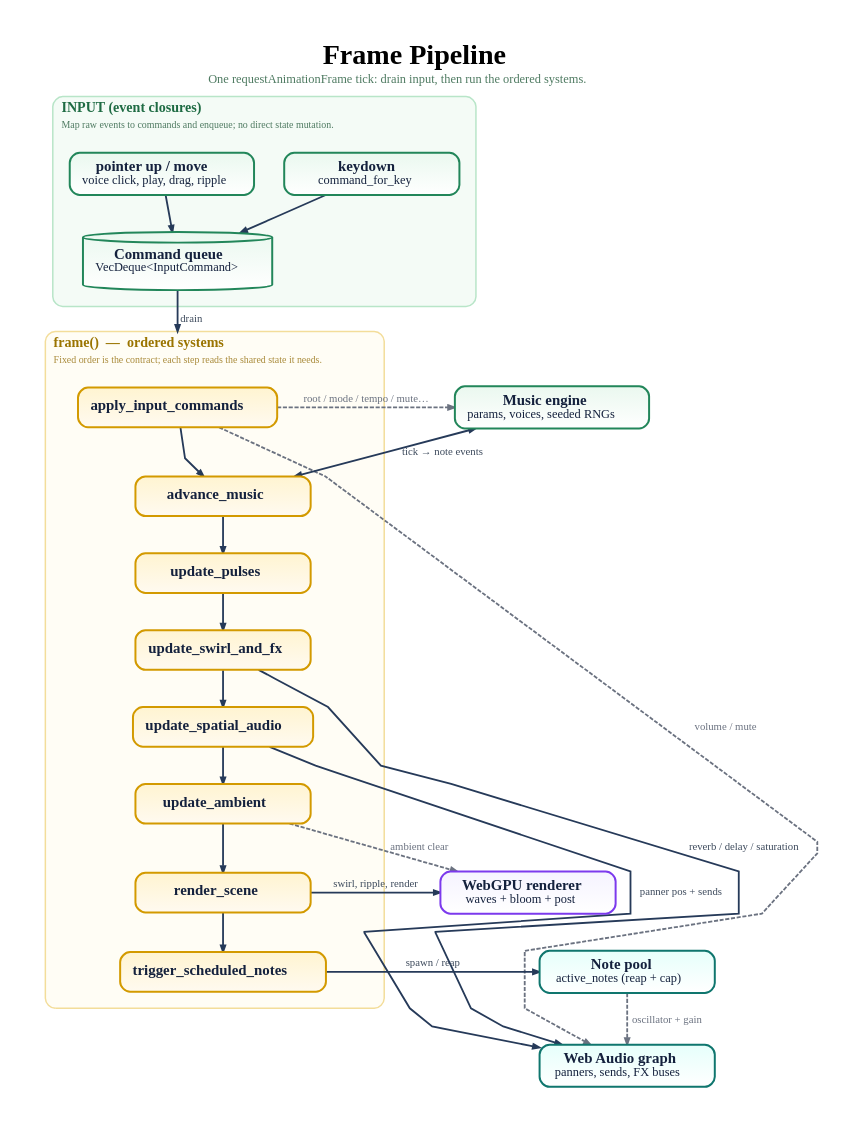
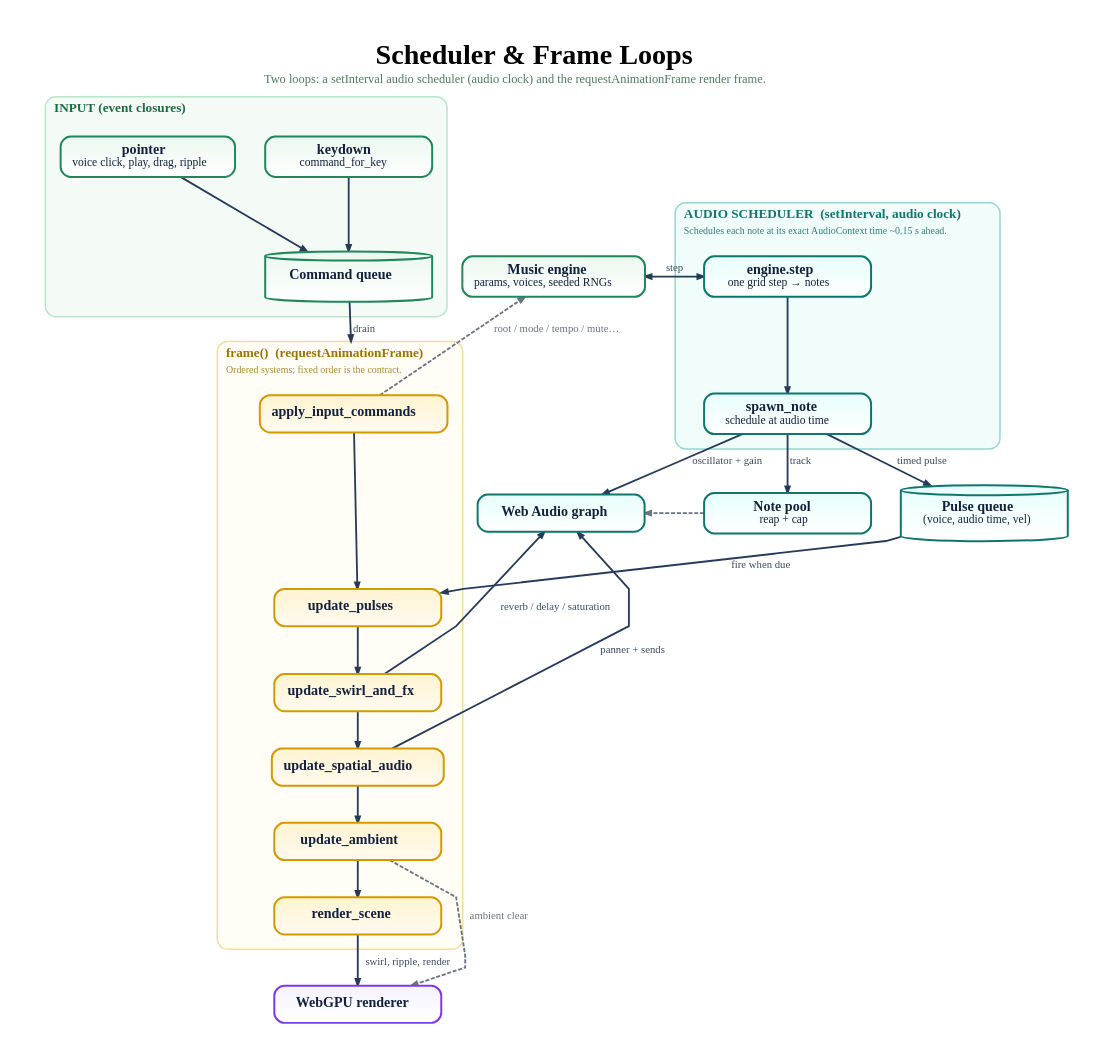
Before and after one commit to tre-systems/geno-1: the diagram in docs/diagrams/frame-pipeline.dot, drawn with Graphviz. The commit also changed 8 other files, not shown here.

First line of the commit message:
docs: sync architecture docs + diagrams to the audio scheduler

```diff
--- a/docs/diagrams/frame-pipeline.dot
+++ b/docs/diagrams/frame-pipeline.dot
@@ -1,116 +1,121 @@
 digraph FramePipeline {
   graph [
     rankdir=TB,
     bgcolor="#ffffff",
     pad="0.55",
     nodesep="0.5",
     ranksep="0.6",
     splines=polyline,
     outputorder=edgesfirst,
     compound=true,
     newrank=true,
     forcelabels=true,
     fontname="Avenir",
     label=<
       <TABLE BORDER="0" CELLBORDER="0" CELLSPACING="0" CELLPADDING="0">
-        <TR><TD><FONT POINT-SIZE="34"><B>Frame Pipeline</B></FONT></TD></TR>
-        <TR><TD><FONT POINT-SIZE="15" COLOR="#4e7a61">One requestAnimationFrame tick: drain input, then run the ordered systems.</FONT></TD></TR>
+        <TR><TD><FONT POINT-SIZE="34"><B>Scheduler &amp; Frame Loops</B></FONT></TD></TR>
+        <TR><TD><FONT POINT-SIZE="15" COLOR="#4e7a61">Two loops: a setInterval audio scheduler (audio clock) and the requestAnimationFrame render frame.</FONT></TD></TR>
       </TABLE>
     >,
     labelloc=t,
     labeljust=c
   ];
 
   node [
     shape=box,
     style="rounded,filled",
-    margin="0.21,0.13",
-    width=2.95,
-    height=0.66,
+    margin="0.2,0.12",
+    width=2.8,
+    height=0.62,
     fixedsize=false,
     fontname="Avenir",
-    fontsize=18,
+    fontsize=17,
     penwidth=2.4,
     fontcolor="#14213d",
     color="#2264c7",
     fillcolor="#eaf3ff:#ffffff",
     gradientangle=270
   ];
 
   edge [
     color="#263a59",
     fontname="Avenir",
     fontsize=13,
     fontcolor="#3d4a5c",
     penwidth=2.2,
     arrowsize=0.78
   ];
 
   // ---- Input (event closures enqueue; never mutate state) ----
   subgraph cluster_input {
     graph [
-      label=<
-        <TABLE BORDER="0" CELLBORDER="0" CELLSPACING="0" CELLPADDING="2">
-          <TR><TD ALIGN="LEFT"><FONT POINT-SIZE="17" COLOR="#1e6b43"><B>INPUT (event closures)</B></FONT></TD></TR>
-          <TR><TD ALIGN="LEFT"><FONT POINT-SIZE="12" COLOR="#4e7a61">Map raw events to commands and enqueue; no direct state mutation.</FONT></TD></TR>
-        </TABLE>
-      >,
-      labelloc=t, labeljust=l, color="#b8e5c8", fillcolor="#f4fbf6",
-      style="rounded,filled", penwidth=1.8, margin=20
+      label=<<TABLE BORDER="0" CELLBORDER="0" CELLSPACING="0" CELLPADDING="2"><TR><TD ALIGN="LEFT"><FONT POINT-SIZE="16" COLOR="#1e6b43"><B>INPUT (event closures)</B></FONT></TD></TR></TABLE>>,
+      labelloc=t, labeljust=l, color="#b8e5c8", fillcolor="#f4fbf6", style="rounded,filled", penwidth=1.8, margin=18
     ];
-
-    K [label=<<B>keydown</B><BR/><FONT POINT-SIZE="15">command_for_key</FONT>>, fillcolor="#eaf8ef:#ffffff", color="#22865a"];
-    P [label=<<B>pointer up / move</B><BR/><FONT POINT-SIZE="15">voice click, play, drag, ripple</FONT>>, fillcolor="#eaf8ef:#ffffff", color="#22865a"];
-    Q [label=<<B>Command queue</B><BR/><FONT POINT-SIZE="15">VecDeque&lt;InputCommand&gt;</FONT>>, shape=cylinder, fillcolor="#eaf8ef:#ffffff", color="#22865a", height=0.9];
-
+    K [label=<<B>keydown</B><BR/><FONT POINT-SIZE="14">command_for_key</FONT>>, fillcolor="#eaf8ef:#ffffff", color="#22865a"];
+    P [label=<<B>pointer</B><BR/><FONT POINT-SIZE="14">voice click, play, drag, ripple</FONT>>, fillcolor="#eaf8ef:#ffffff", color="#22865a"];
+    Q [label=<<B>Command queue</B>>, shape=cylinder, fillcolor="#eaf8ef:#ffffff", color="#22865a", height=0.85];
     K -> Q;
     P -> Q;
   }
 
-  // ---- frame(): ordered systems ----
+  // ---- Audio scheduler (audio clock, off-frame) ----
+  subgraph cluster_scheduler {
+    graph [
+      label=<
+        <TABLE BORDER="0" CELLBORDER="0" CELLSPACING="0" CELLPADDING="2">
+          <TR><TD ALIGN="LEFT"><FONT POINT-SIZE="16" COLOR="#0f766e"><B>AUDIO SCHEDULER  (setInterval, audio clock)</B></FONT></TD></TR>
+          <TR><TD ALIGN="LEFT"><FONT POINT-SIZE="12" COLOR="#357a74">Schedules each note at its exact AudioContext time ~0.15 s ahead.</FONT></TD></TR>
+        </TABLE>
+      >,
+      labelloc=t, labeljust=l, color="#99d5cf", fillcolor="#f0fdfa", style="rounded,filled", penwidth=1.8, margin=18
+    ];
+    SS [label=<<B>engine.step</B><BR/><FONT POINT-SIZE="14">one grid step → notes</FONT>>, fillcolor="#e6fffb:#ffffff", color="#0f766e"];
+    SN [label=<<B>spawn_note</B><BR/><FONT POINT-SIZE="14">schedule at audio time</FONT>>, fillcolor="#e6fffb:#ffffff", color="#0f766e"];
+    SS -> SN;
+  }
+
+  // ---- frame(): render clock ----
   subgraph cluster_frame {
     graph [
       label=<
         <TABLE BORDER="0" CELLBORDER="0" CELLSPACING="0" CELLPADDING="2">
-          <TR><TD ALIGN="LEFT"><FONT POINT-SIZE="17" COLOR="#9a7400"><B>frame()  —  ordered systems</B></FONT></TD></TR>
-          <TR><TD ALIGN="LEFT"><FONT POINT-SIZE="12" COLOR="#a98a3a">Fixed order is the contract; each step reads the shared state it needs.</FONT></TD></TR>
+          <TR><TD ALIGN="LEFT"><FONT POINT-SIZE="16" COLOR="#9a7400"><B>frame()  (requestAnimationFrame)</B></FONT></TD></TR>
+          <TR><TD ALIGN="LEFT"><FONT POINT-SIZE="12" COLOR="#a98a3a">Ordered systems; fixed order is the contract.</FONT></TD></TR>
         </TABLE>
       >,
-      labelloc=t, labeljust=l, color="#f3dd9a", fillcolor="#fffdf5",
-      style="rounded,filled", penwidth=1.8, margin=20
+      labelloc=t, labeljust=l, color="#f3dd9a", fillcolor="#fffdf5", style="rounded,filled", penwidth=1.8, margin=18
     ];
-
     F1 [label=<<B>apply_input_commands</B>>, fillcolor="#fff4d1:#fffaf0", color="#d39a00"];
-    F2 [label=<<B>advance_music</B>>, fillcolor="#fff4d1:#fffaf0", color="#d39a00"];
-    F3 [label=<<B>update_pulses</B>>, fillcolor="#fff4d1:#fffaf0", color="#d39a00"];
-    F4 [label=<<B>update_swirl_and_fx</B>>, fillcolor="#fff4d1:#fffaf0", color="#d39a00"];
-    F5 [label=<<B>update_spatial_audio</B>>, fillcolor="#fff4d1:#fffaf0", color="#d39a00"];
-    F6 [label=<<B>update_ambient</B>>, fillcolor="#fff4d1:#fffaf0", color="#d39a00"];
-    F7 [label=<<B>render_scene</B>>, fillcolor="#fff4d1:#fffaf0", color="#d39a00"];
-    F8 [label=<<B>trigger_scheduled_notes</B>>, fillcolor="#fff4d1:#fffaf0", color="#d39a00"];
-
-    F1 -> F2 -> F3 -> F4 -> F5 -> F6 -> F7 -> F8;
+    F2 [label=<<B>update_pulses</B>>, fillcolor="#fff4d1:#fffaf0", color="#d39a00"];
+    F3 [label=<<B>update_swirl_and_fx</B>>, fillcolor="#fff4d1:#fffaf0", color="#d39a00"];
+    F4 [label=<<B>update_spatial_audio</B>>, fillcolor="#fff4d1:#fffaf0", color="#d39a00"];
+    F5 [label=<<B>update_ambient</B>>, fillcolor="#fff4d1:#fffaf0", color="#d39a00"];
+    F6 [label=<<B>render_scene</B>>, fillcolor="#fff4d1:#fffaf0", color="#d39a00"];
+    F1 -> F2 -> F3 -> F4 -> F5 -> F6;
   }
 
   // ---- Shared state / resources ----
-  E  [label=<<B>Music engine</B><BR/><FONT POINT-SIZE="15">params, voices, seeded RNGs</FONT>>, fillcolor="#eaf8ef:#ffffff", color="#22865a"];
-  AU [label=<<B>Web Audio graph</B><BR/><FONT POINT-SIZE="15">panners, sends, FX buses</FONT>>, fillcolor="#e6fffb:#ffffff", color="#0f766e"];
-  NP [label=<<B>Note pool</B><BR/><FONT POINT-SIZE="15">active_notes (reap + cap)</FONT>>, fillcolor="#e6fffb:#ffffff", color="#0f766e"];
-  G  [label=<<B>WebGPU renderer</B><BR/><FONT POINT-SIZE="15">waves + bloom + post</FONT>>, fillcolor="#f5f3ff:#ffffff", color="#7c3aed"];
+  E  [label=<<B>Music engine</B><BR/><FONT POINT-SIZE="14">params, voices, seeded RNGs</FONT>>, fillcolor="#eaf8ef:#ffffff", color="#22865a"];
+  PQ [label=<<B>Pulse queue</B><BR/><FONT POINT-SIZE="14">(voice, audio time, vel)</FONT>>, shape=cylinder, fillcolor="#e6fffb:#ffffff", color="#0f766e", height=0.9];
+  AU [label=<<B>Web Audio graph</B>>, fillcolor="#e6fffb:#ffffff", color="#0f766e"];
+  NP [label=<<B>Note pool</B><BR/><FONT POINT-SIZE="14">reap + cap</FONT>>, fillcolor="#e6fffb:#ffffff", color="#0f766e"];
+  G  [label=<<B>WebGPU renderer</B>>, fillcolor="#f5f3ff:#ffffff", color="#7c3aed"];
 
-  { rank=same; F1; E; }
-  { rank=same; F7; G; }
-  { rank=same; F8; NP; }
+  { rank=same; SS; E; }
+  { rank=same; SN; F1; }
 
-  // ---- Cross edges ----
+  // ---- Edges ----
   Q -> F1 [label="drain", lhead=cluster_frame];
-  F1 -> E  [label="root / mode / tempo / mute…", style=dashed, color="#6b7280", fontcolor="#6b7280"];
-  F1 -> AU [label="volume / mute", style=dashed, color="#6b7280", fontcolor="#6b7280", constraint=false];
-  F2 -> E  [label="tick → note events", dir=both];
-  F4 -> AU [label="reverb / delay / saturation", constraint=false];
-  F5 -> AU [label="panner pos + sends", constraint=false];
-  F6 -> G  [label="ambient clear", style=dashed, color="#6b7280", fontcolor="#6b7280", constraint=false];
-  F7 -> G  [label="swirl, ripple, render"];
-  F8 -> NP [label="spawn / reap"];
-  NP -> AU [label="oscillator + gain", style=dashed, color="#6b7280", fontcolor="#6b7280"];
+  E -> SS [label="step", dir=both, ltail=cluster_scheduler];
+  F1 -> E [label="root / mode / tempo / mute…", style=dashed, color="#6b7280", fontcolor="#6b7280"];
+  SN -> AU [label="oscillator + gain"];
+  SN -> NP [label="track"];
+  SN -> PQ [label="timed pulse"];
+  PQ -> F2 [label="fire when due"];
+  F3 -> AU [label="reverb / delay / saturation", constraint=false];
+  F4 -> AU [label="panner + sends", constraint=false];
+  F5 -> G [label="ambient clear", style=dashed, color="#6b7280", fontcolor="#6b7280", constraint=false];
+  F6 -> G [label="swirl, ripple, render"];
+  NP -> AU [style=dashed, color="#6b7280", constraint=false];
 }
```
